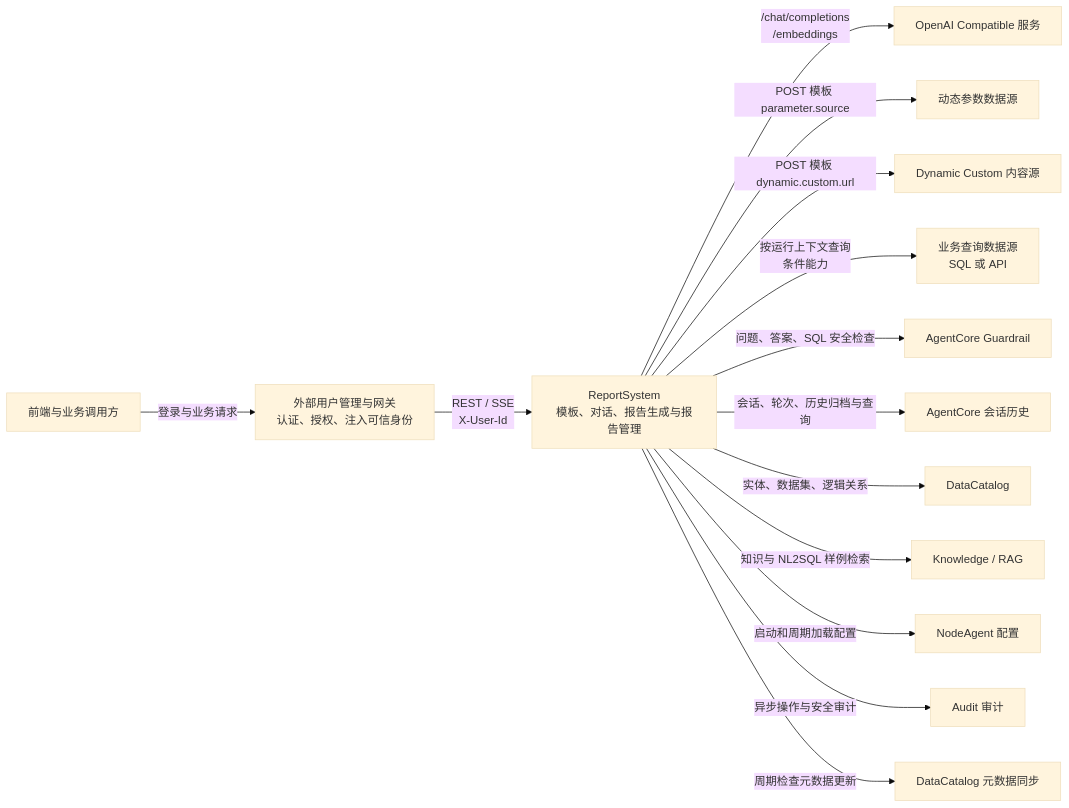
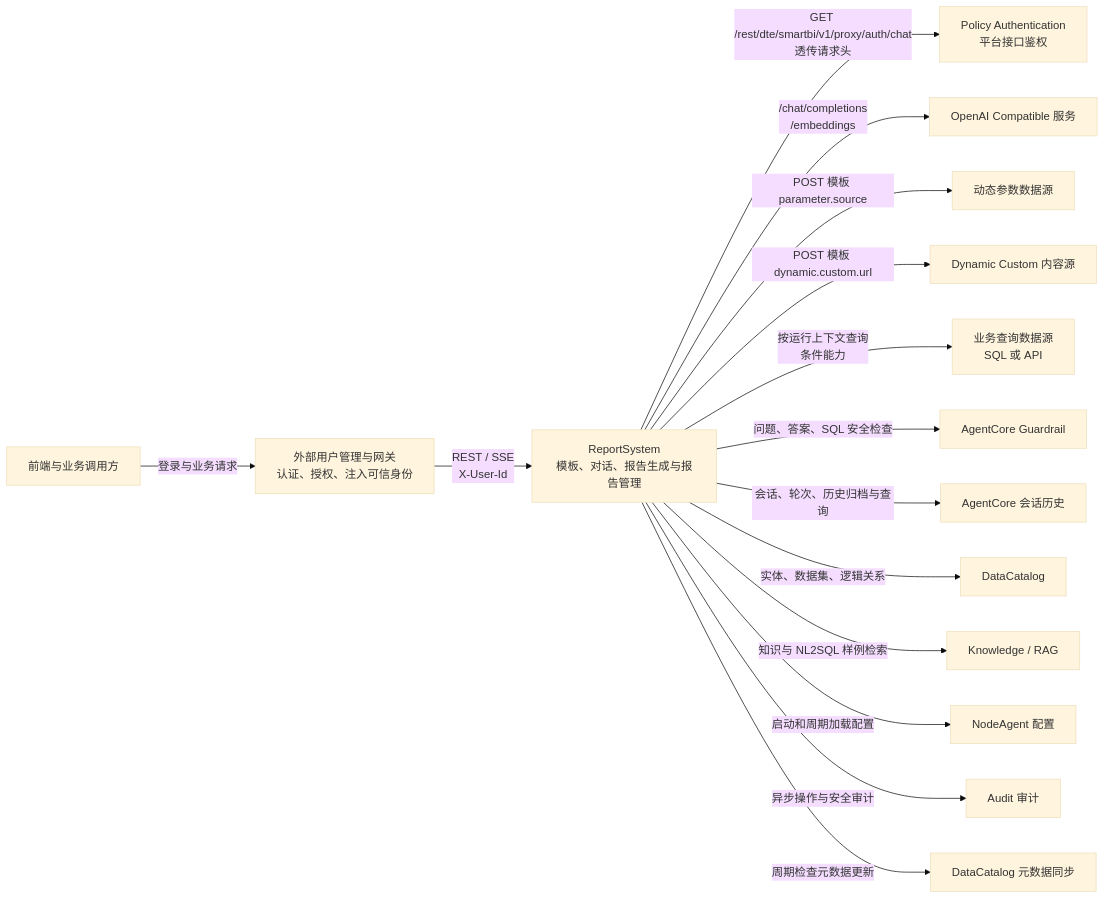
Before and after one commit to shel447/ReportSystem: the diagram in docs/implementation/contracts/apis/README.md, drawn with Mermaid (base theme). The commit also changed other lines of this file and 20 other files, not shown here.

Commit message:
feat: add route policy authentication

````diff
--- a/docs/implementation/contracts/apis/README.md
+++ b/docs/implementation/contracts/apis/README.md
@@ -7,31 +7,33 @@
 ```mermaid
 flowchart LR
     client["前端与业务调用方"]
     identity["外部用户管理与网关<br/>认证、授权、注入可信身份"]
     reportSystem["ReportSystem<br/>模板、对话、报告生成与报告管理"]
+    policy["Policy Authentication<br/>平台接口鉴权"]
     llm["OpenAI Compatible 服务"]
     parameterSource["动态参数数据源"]
     customSource["Dynamic Custom 内容源"]
     querySource["业务查询数据源<br/>SQL 或 API"]
     guardrail["AgentCore Guardrail"]
     agentcore["AgentCore 会话历史"]
     dataCatalog["DataCatalog"]
     knowledge["Knowledge / RAG"]
     nodeAgent["NodeAgent 配置"]
     audit["Audit 审计"]
     metadata["DataCatalog 元数据同步"]
 
     client -->|"登录与业务请求"| identity
     identity -->|"REST / SSE<br/>X-User-Id"| reportSystem
+    reportSystem -->|"GET /rest/dte/smartbi/v1/proxy/auth/chat<br/>透传请求头"| policy
     reportSystem -->|"/chat/completions<br/>/embeddings"| llm
     reportSystem -->|"POST 模板 parameter.source"| parameterSource
     reportSystem -->|"POST 模板 dynamic.custom.url"| customSource
     reportSystem -->|"按运行上下文查询<br/>条件能力"| querySource
     reportSystem -->|"问题、答案、SQL 安全检查"| guardrail
     reportSystem -->|"会话、轮次、历史归档与查询"| agentcore
     reportSystem -->|"实体、数据集、逻辑关系"| dataCatalog
     reportSystem -->|"知识与 NL2SQL 样例检索"| knowledge
     reportSystem -->|"启动和周期加载配置"| nodeAgent
     reportSystem -->|"异步操作与安全审计"| audit
     reportSystem -->|"周期检查元数据更新"| metadata
 ```
````
